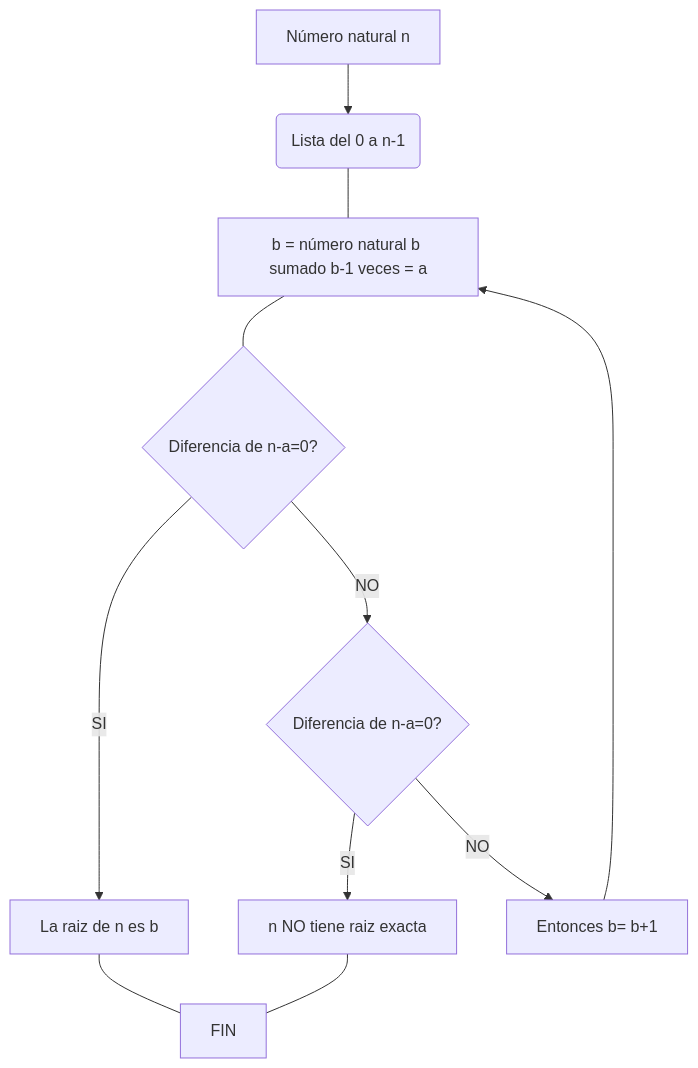
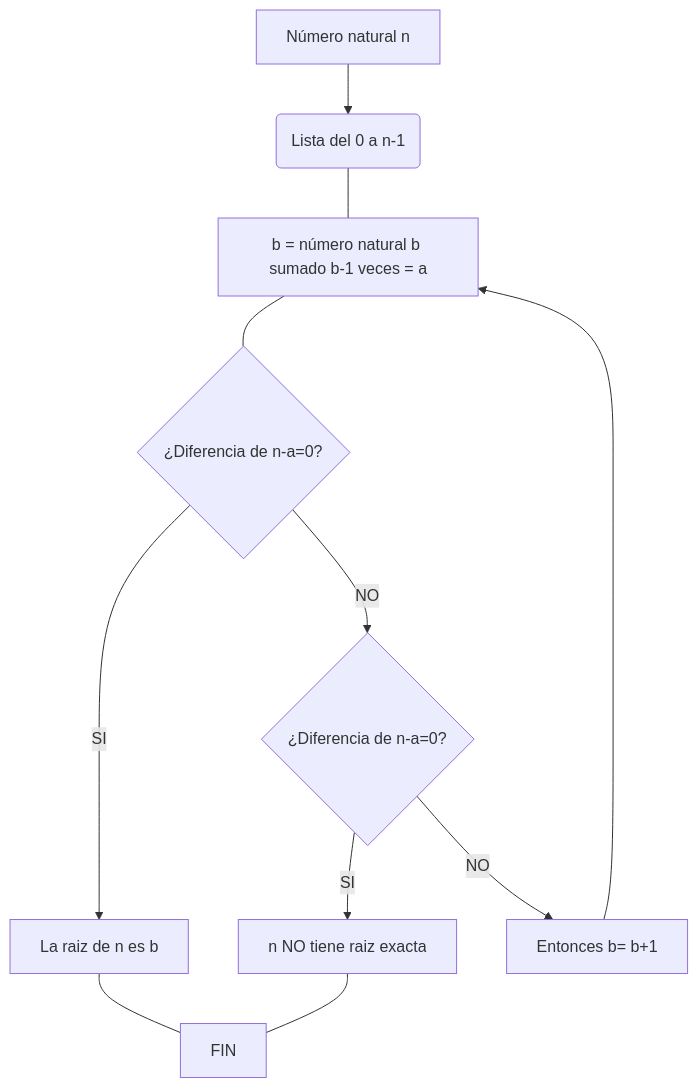
The first of 2 diagrams in README.md (AnonymusconH/Reto_3_Juan_Valderrama_CadaVezMasHacker), drawn with Mermaid before and after one commit. The commit also changed other lines of this file, not shown here.

````diff
--- a/README.md
+++ b/README.md
@@ -5,19 +5,20 @@
 ```mermaid
+
 graph TD
 
  AA[Número natural n] --> A(Lista del 0 a n-1) ---B
  B[b = número natural b sumado b-1 veces = a] --- 
 
-  C{Diferencia de n-a=0?} 
+  C{¿Diferencia de n-a=0?} 
 
     C-- SI --> E[La raiz de n es b] --- FIN
     C-- NO --> F{La diferencia de n-a < 0?} 
 
 
- F{Diferencia de n-a=0?}
+ F{¿Diferencia de n-a=0?}
  F-- SI --> H[n NO tiene raiz exacta] --- FIN
 F-- NO --> J[Entonces b= b+1] --->B
 
 FIN
 
 ```
````
